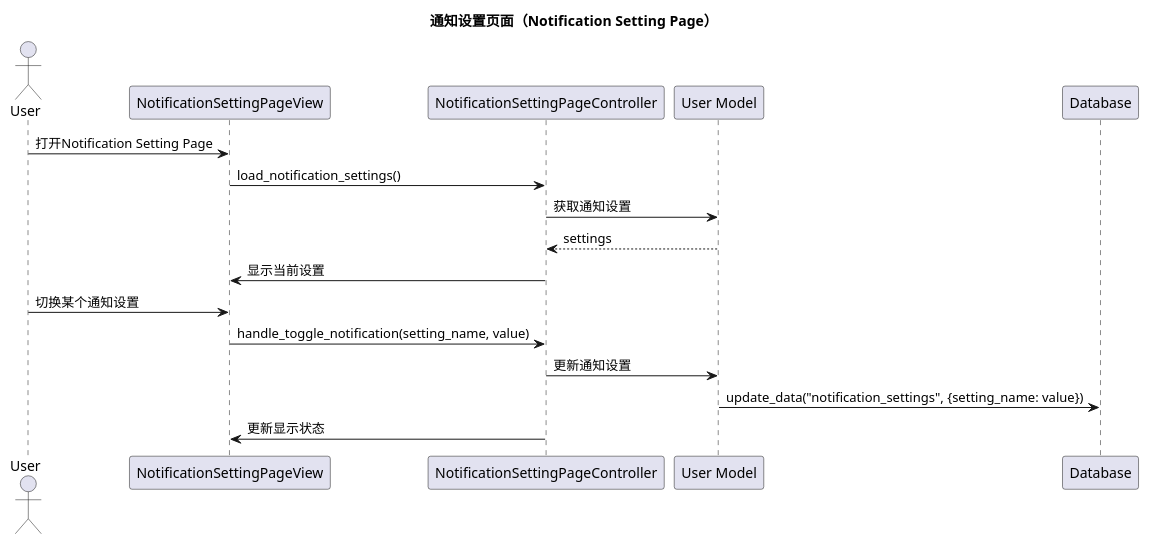
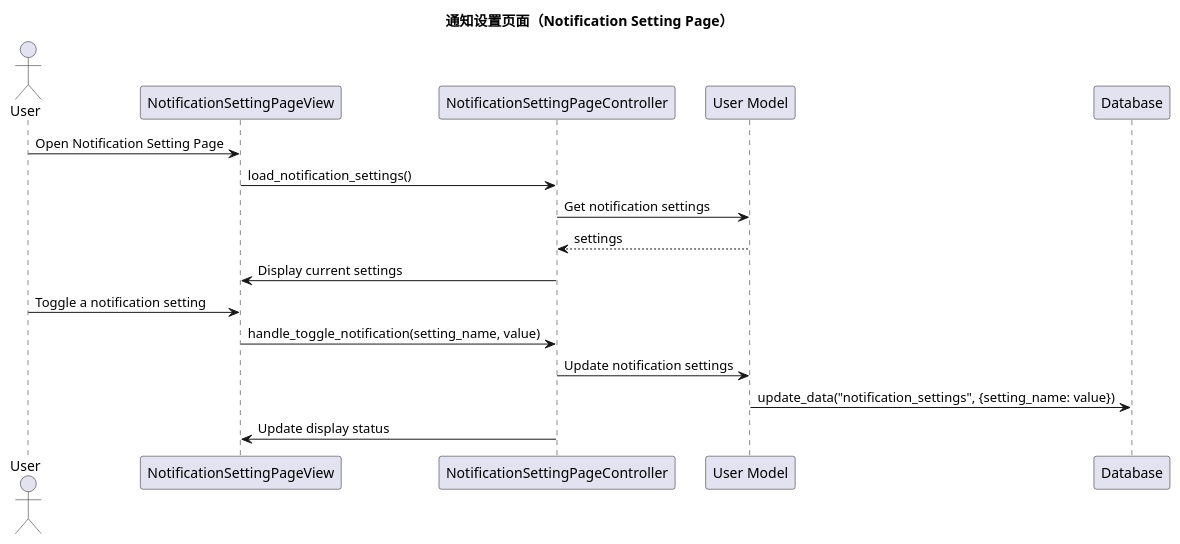
The ninth of 16 diagrams in planing/class_diagrams.md (violeteye1234/group23_COMPS350F), drawn with PlantUML before and after one commit. The commit also changed other lines of this file and 45 other files, not shown here.

````diff
--- a/planing/class_diagrams.md
+++ b/planing/class_diagrams.md
@@ -287,22 +287,22 @@
 ```plantuml
 @startuml
 title 通知设置页面（Notification Setting Page）
 
 actor User
 participant "NotificationSettingPageView" as View
 participant "NotificationSettingPageController" as Controller
 participant "User Model" as UserModel
 participant "Database" as DB
 
-User -> View: 打开Notification Setting Page
+User -> View: Open Notification Setting Page
 View -> Controller: load_notification_settings()
-Controller -> UserModel: 获取通知设置
+Controller -> UserModel: Get notification settings
 UserModel --> Controller: settings
-Controller -> View: 显示当前设置
-User -> View: 切换某个通知设置
+Controller -> View: Display current settings
+User -> View: Toggle a notification setting
 View -> Controller: handle_toggle_notification(setting_name, value)
-Controller -> UserModel: 更新通知设置
+Controller -> UserModel: Update notification settings
 UserModel -> DB: update_data("notification_settings", {setting_name: value})
-Controller -> View: 更新显示状态
+Controller -> View: Update display status
 @enduml
 ```
````
